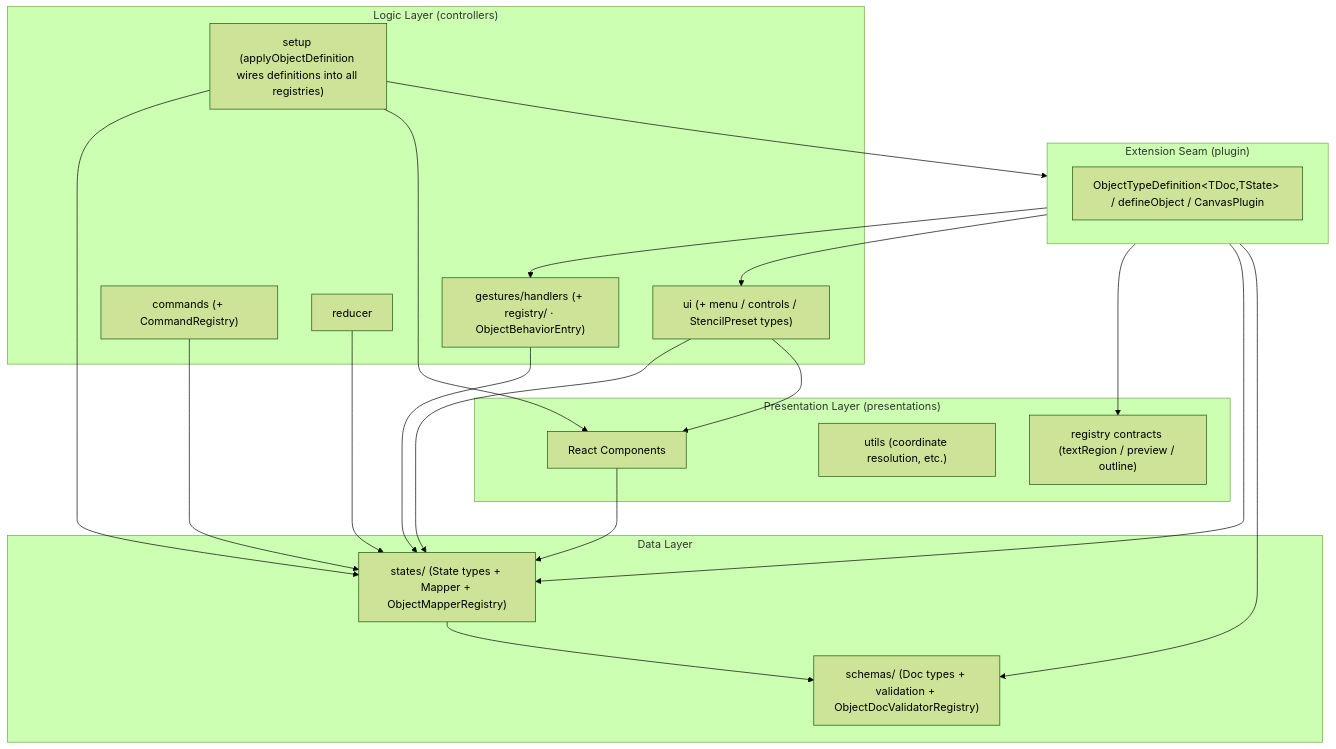
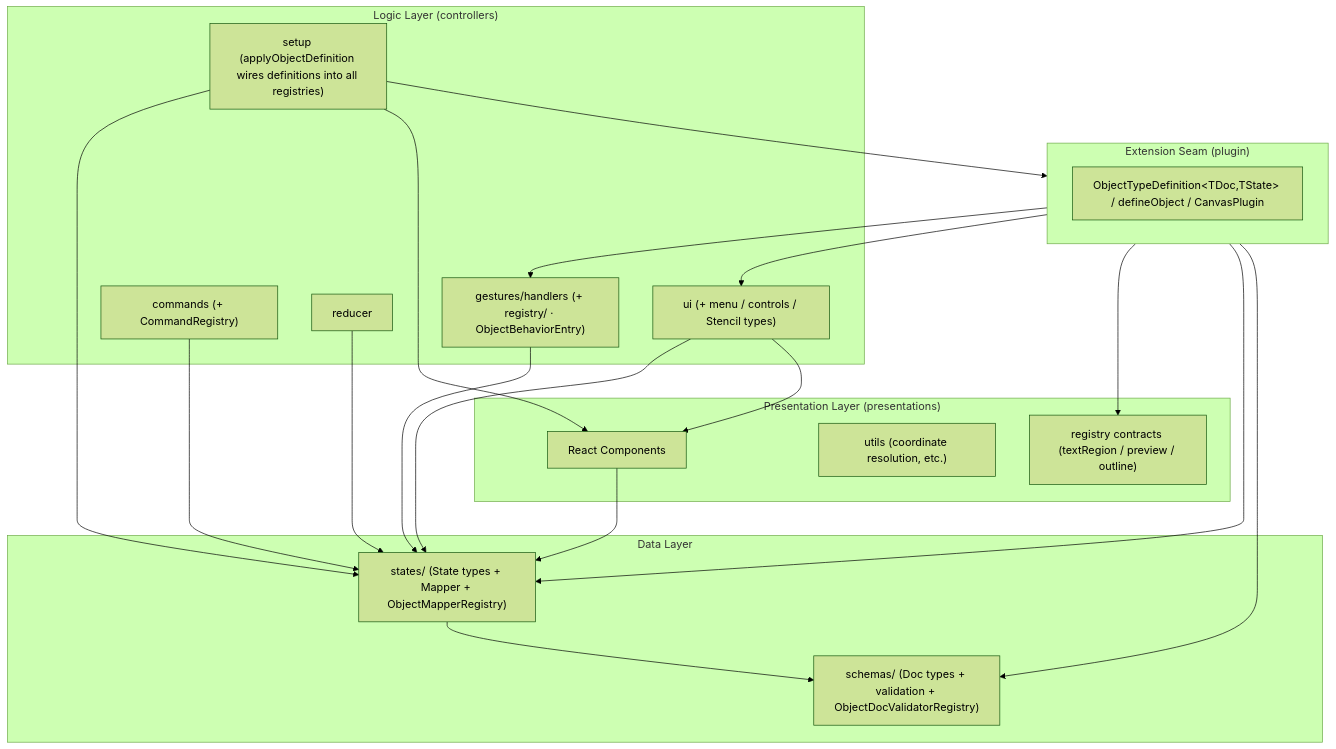
The diagram in packages/canvas/docs/02-architecture.md (gznnk/jiscribe), drawn with Mermaid (forest theme) before and after one commit. The commit also changed other lines of this file and 50 other files, not shown here.

First line of the commit message:
refactor(canvas)!: StencilPreset を Stencil に改名

````diff
--- a/packages/canvas/docs/02-architecture.md
+++ b/packages/canvas/docs/02-architecture.md
@@ -112,41 +112,41 @@
 ```mermaid
 graph TD
     subgraph Plugin["Extension Seam (plugin)"]
         PluginVocab["ObjectTypeDefinition&lt;TDoc,TState&gt; / defineObject / CanvasPlugin"]
     end
     subgraph Presentations["Presentation Layer (presentations)"]
         PresentationComponents["React Components"]
         PresentationUtils["utils (coordinate resolution, etc.)"]
         PresentationRegistryTypes["registry contracts (textRegion / preview / outline)"]
     end
     subgraph Controllers["Logic Layer (controllers)"]
         Gestures["gestures/handlers (+ registry/ · ObjectBehaviorEntry)"]
         Commands["commands (+ CommandRegistry)"]
         Reducer["reducer"]
-        UI["ui (+ menu / controls / StencilPreset types)"]
+        UI["ui (+ menu / controls / Stencil types)"]
         Setup["setup (applyObjectDefinition wires definitions into all registries)"]
     end
     subgraph States["Data Layer"]
         StatesTypes["states/ (State types + Mapper + ObjectMapperRegistry)"]
         SchemasTypes["schemas/ (Doc types + validation + ObjectDocValidatorRegistry)"]
     end
 
     PresentationComponents --> StatesTypes
     Gestures --> StatesTypes
     Commands --> StatesTypes
     Reducer --> StatesTypes
     UI --> StatesTypes
     UI --> PresentationComponents
     Setup --> StatesTypes
     Setup --> PresentationComponents
     StatesTypes --> SchemasTypes
 
     %% plugin aggregates the type contract of every layer; setup consumes it.
     %% Setup -> Plugin plus Plugin -> Gestures/UI = controllers <-> plugin.
     Setup --> Plugin
     Plugin --> Gestures
     Plugin --> UI
     Plugin --> PresentationRegistryTypes
     Plugin --> StatesTypes
     Plugin --> SchemasTypes
 ```
````
